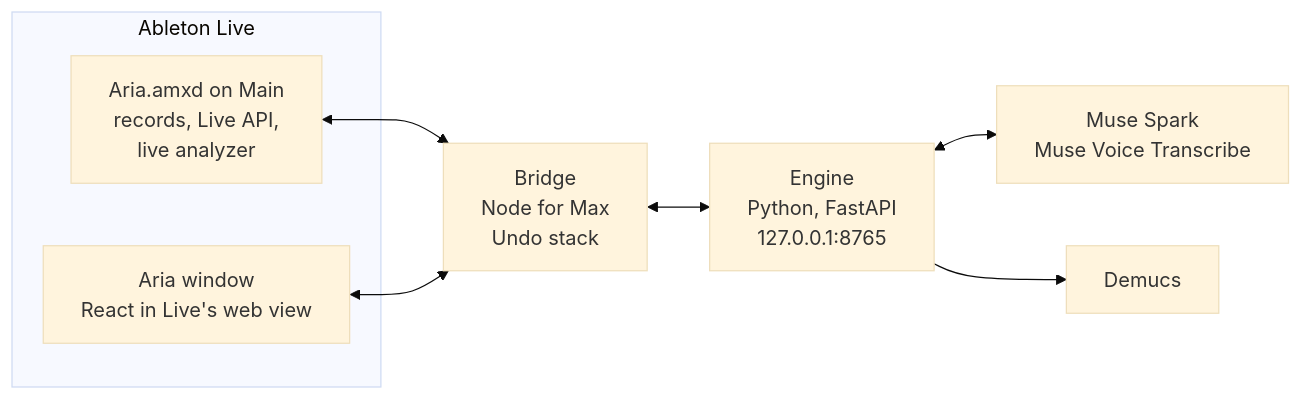
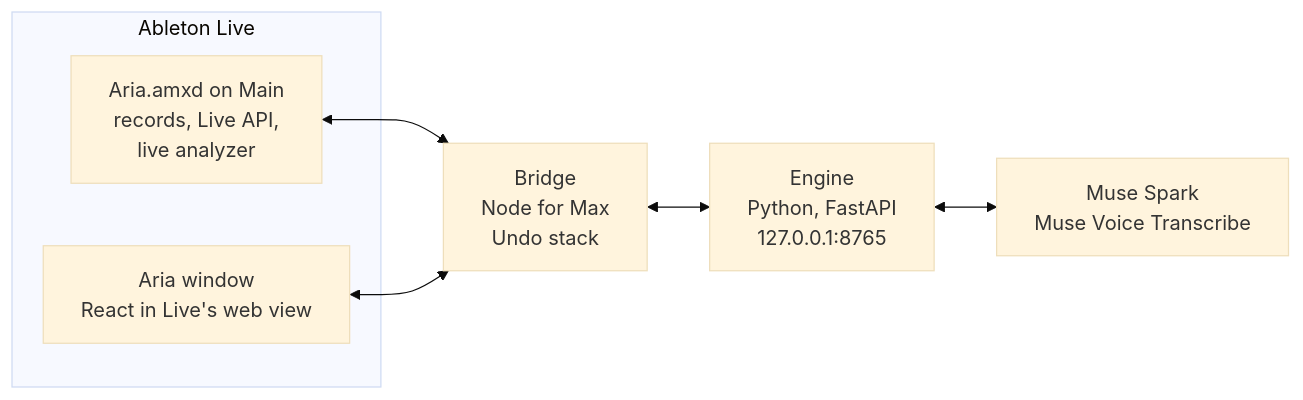
One commit to Yumstezy/aria changed the diagram in README.md. Above: the diagram before and after it, drawn with Mermaid (base theme). The commit also changed other lines of this file and 2 other files, not shown here.

First line of the commit message:
Judges' page redone in the product page's style; README without Demucs; team credits

````diff
--- a/README.md
+++ b/README.md
@@ -154,16 +142,14 @@
 ```mermaid
 flowchart LR
   subgraph Live["Ableton Live"]
     D["Aria.amxd on Main<br/>records, Live API,<br/>live analyzer"]
     W["Aria window<br/>React in Live's web view"]
   end
   B["Bridge<br/>Node for Max<br/>Undo stack"]
   E["Engine<br/>Python, FastAPI<br/>127.0.0.1:8765"]
   M["Muse Spark<br/>Muse Voice Transcribe"]
-  X["Demucs"]
   D <--> B
   W <--> B
   B <--> E
   E <--> M
-  E --> X
 ```
````
